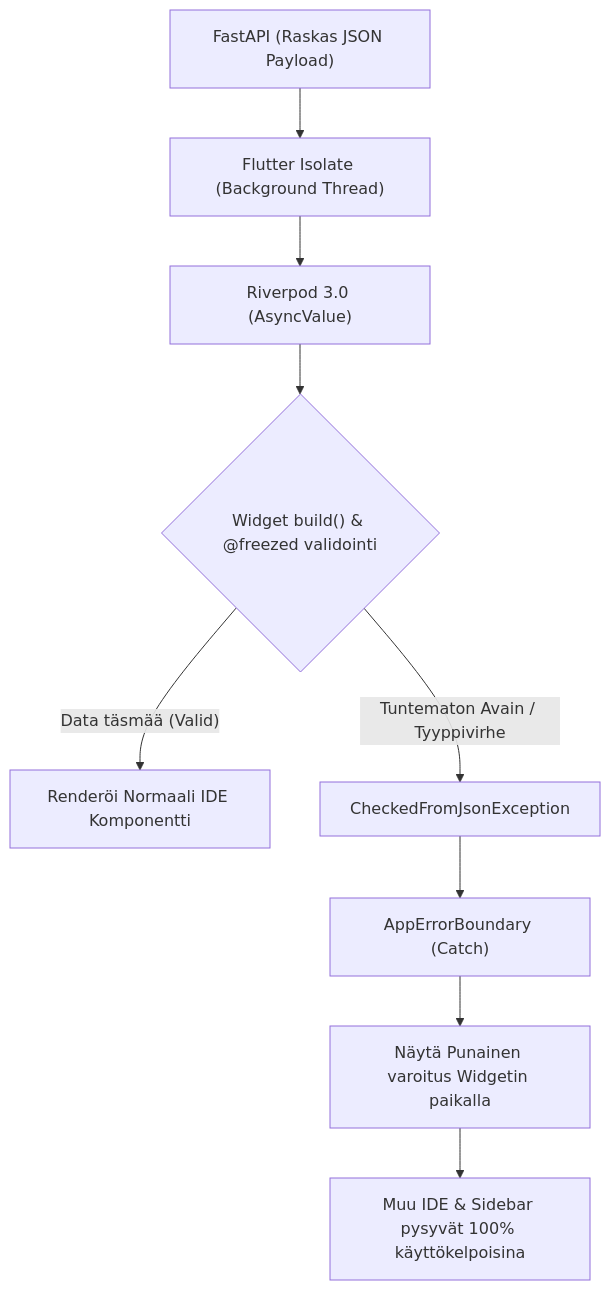
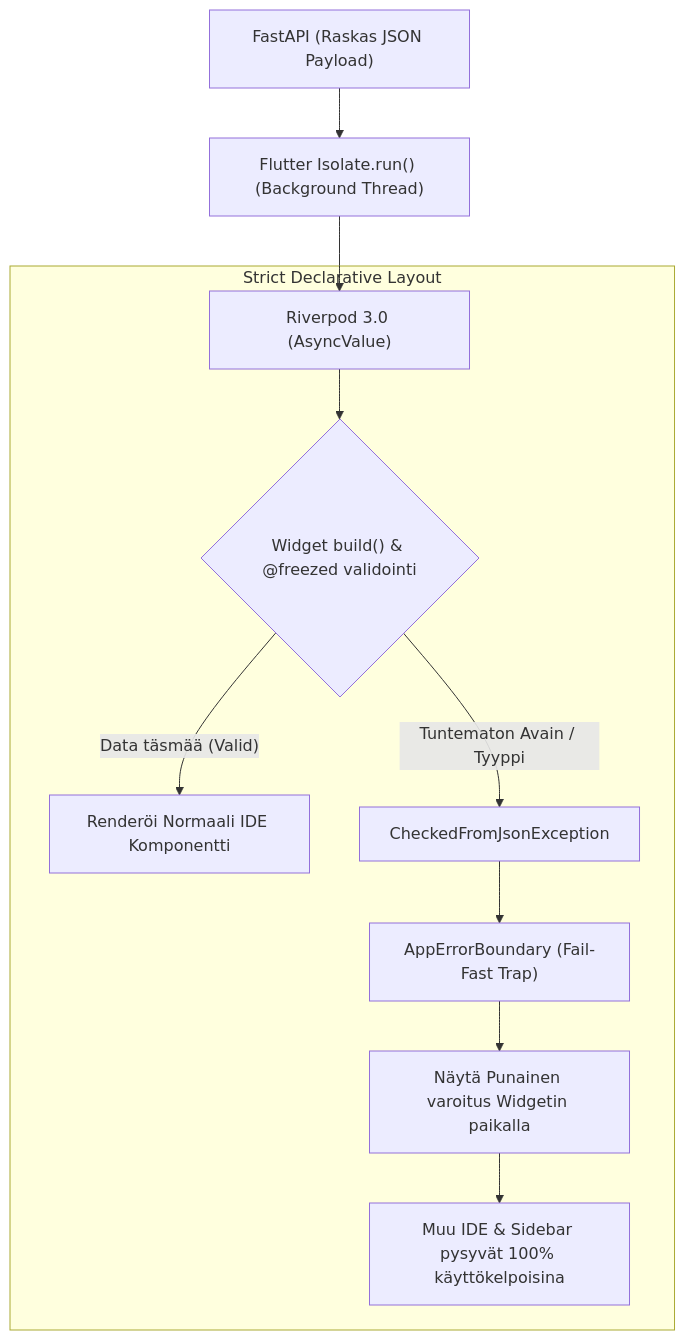
The diagram in docs/architecture/06_desktop_first_flutter_client.md (launis/quorum), drawn with Mermaid before and after one commit. The commit also changed other lines of this file and 9 other files, not shown here.

Commit message:
docs: add comprehensive architecture documentation covering dynamic rendering, persistence, and system design principles

````diff
--- a/docs/architecture/06_desktop_first_flutter_client.md
+++ b/docs/architecture/06_desktop_first_flutter_client.md
@@ -32,15 +32,17 @@
 ```mermaid
 flowchart TD
-    API["FastAPI (Raskas JSON Payload)"] --> Isolate["Flutter Isolate (Background Thread)"]
+    API["FastAPI (Raskas JSON Payload)"] --> Isolate["Flutter Isolate.run() (Background Thread)"]
     Isolate --> Riverpod["Riverpod 3.0 (AsyncValue)"]
     
-    Riverpod --> UI_Build{"Widget build() & @freezed validointi"}
-    
-    UI_Build -- "Data täsmää (Valid)" --> Render["Renderöi Normaali IDE Komponentti"]
-    
-    UI_Build -- "Tuntematon Avain / Tyyppivirhe" --> Exception["CheckedFromJsonException"]
-    Exception --> ErrorBoundary["AppErrorBoundary (Catch)"]
-    
-    ErrorBoundary --> RedBox["Näytä Punainen varoitus Widgetin paikalla"]
-    RedBox --> IsolateUI["Muu IDE & Sidebar pysyvät 100% käyttökelpoisina"]
+    subgraph UI_Architecture [Strict Declarative Layout]
+        Riverpod --> UI_Build{"Widget build() & @freezed validointi"}
+        
+        UI_Build -- "Data täsmää (Valid)" --> Render["Renderöi Normaali IDE Komponentti"]
+        
+        UI_Build -- "Tuntematon Avain / Tyyppi" --> Exception["CheckedFromJsonException"]
+        Exception --> ErrorBoundary["AppErrorBoundary (Fail-Fast Trap)"]
+        
+        ErrorBoundary --> RedBox["Näytä Punainen varoitus Widgetin paikalla"]
+        RedBox --> IsolateUI["Muu IDE & Sidebar pysyvät 100% käyttökelpoisina"]
+    end
 ```
````
